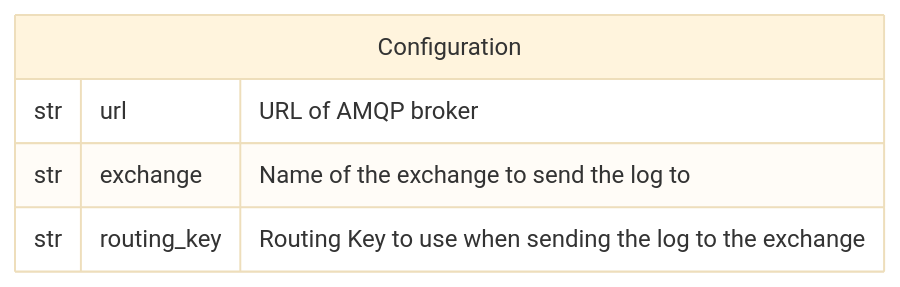
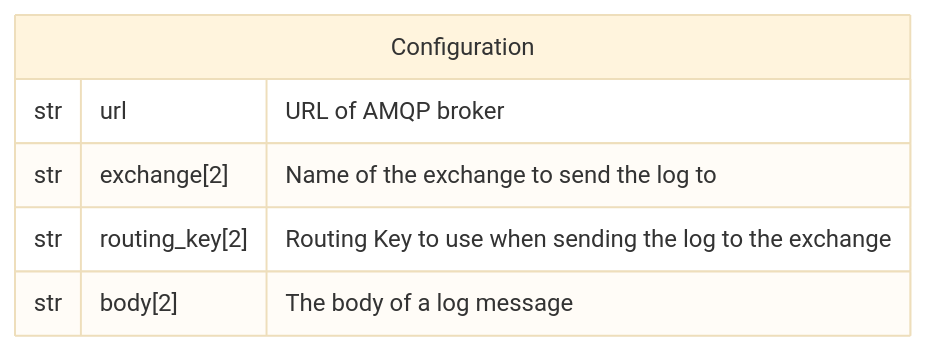
The diagram in website/docs/technical/forwarders/amqp.md (link-society/flowg), drawn with Mermaid (base theme) before and after one commit. The commit also changed other lines of this file, not shown here.

Commit message:
:memo: Update documentation for AMQP forwarder

````diff
--- a/website/docs/technical/forwarders/amqp.md
+++ b/website/docs/technical/forwarders/amqp.md
@@ -12,10 +12,11 @@
 ```mermaid
 erDiagram
   direction LR
 
   Configuration {
     str url "URL of AMQP broker"
-    str exchange "Name of the exchange to send the log to"
-    str routing_key "Routing Key to use when sending the log to the exchange"
+    str exchange[2] "Name of the exchange to send the log to"
+    str routing_key[2] "Routing Key to use when sending the log to the exchange"
+    str body[2] "The body of a log message"
   }
 ```
````
